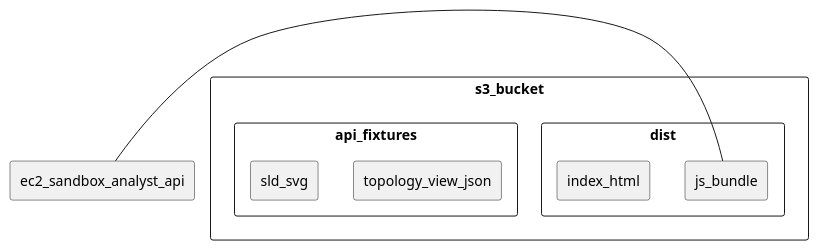
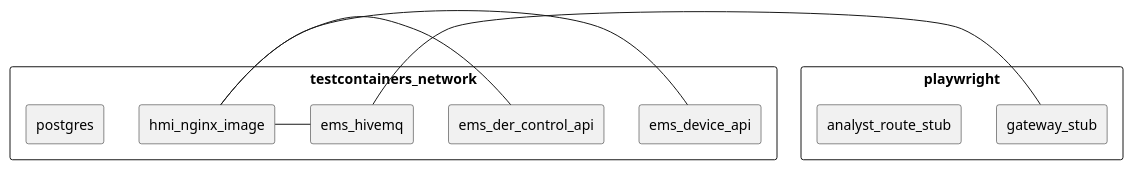
The fourth of 5 diagrams in readme.md (arcnode-io/ems-hmi), drawn with PlantUML before and after one commit. The commit also changed other lines of this file and 59 other files, not shown here.

````diff
--- a/readme.md
+++ b/readme.md
@@ -81,15 +84,17 @@
 ```plantuml
-rectangle s3_bucket {
-  rectangle dist {
-    rectangle js_bundle
-    rectangle index_html
-  }
-  rectangle api_fixtures {
-    rectangle topology_view_json
-    rectangle sld_svg
-  }
+rectangle testcontainers_network {
+  rectangle hmi_nginx_image
+  rectangle ems_device_api
+  rectangle ems_der_control_api
+  rectangle ems_hivemq
+  rectangle postgres
 }
-
-rectangle ec2_sandbox_analyst_api 
-ec2_sandbox_analyst_api - js_bundle 
+rectangle playwright {
+  rectangle gateway_stub
+  rectangle analyst_route_stub
+}
+hmi_nginx_image - ems_device_api
+hmi_nginx_image - ems_der_control_api
+hmi_nginx_image - ems_hivemq
+gateway_stub - ems_hivemq
 ```
````
